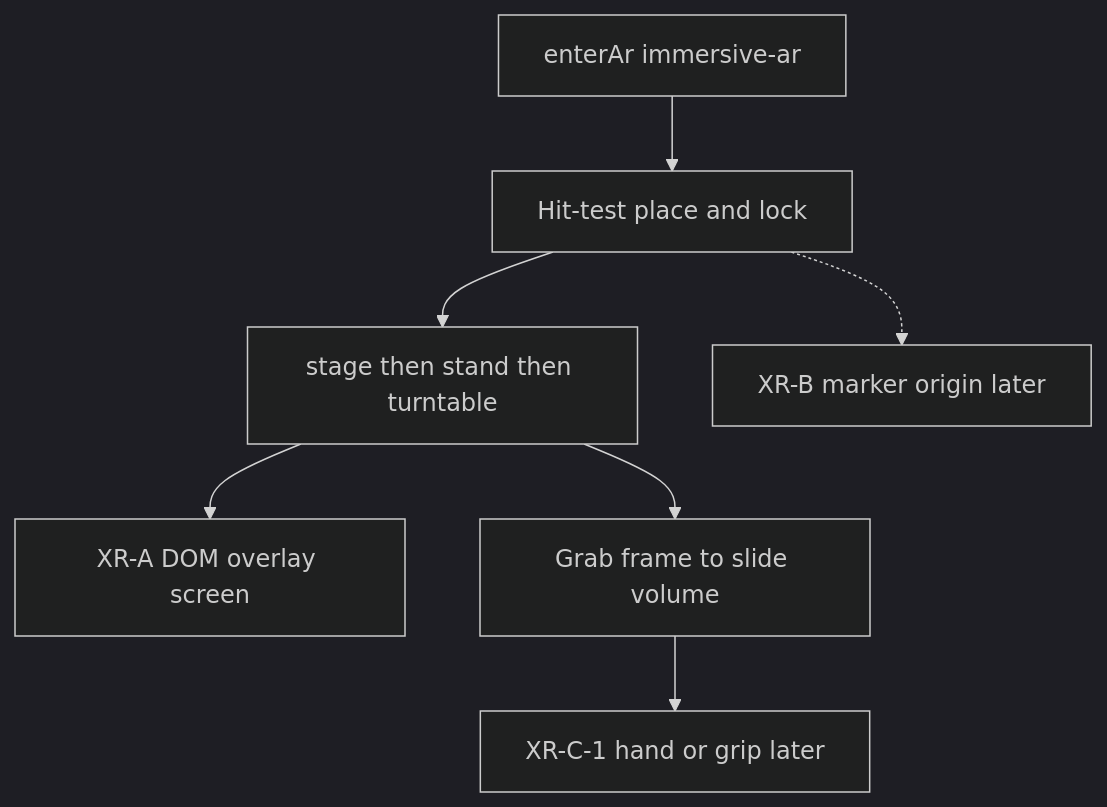
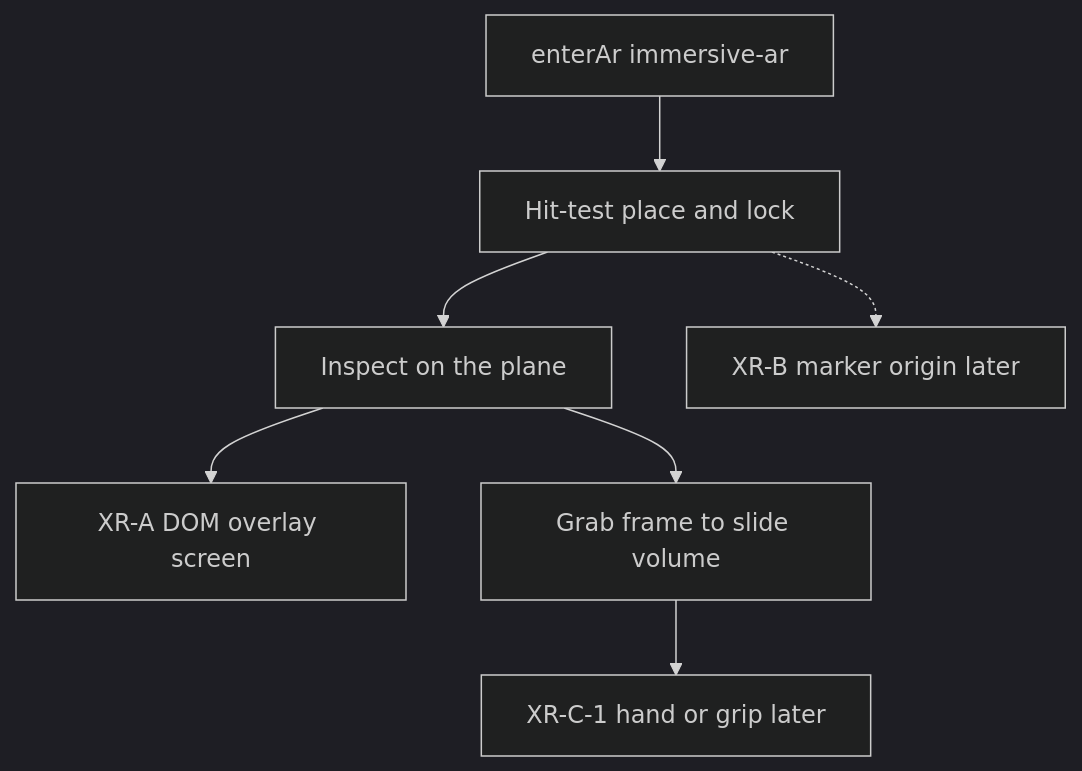
The diagram in backlog.md (PiMaV/DONNER), drawn with Mermaid (dark theme) before and after one commit. The commit also changed other lines of this file and 22 other files, not shown here.

````diff
--- a/backlog.md
+++ b/backlog.md
@@ -205,15 +209,15 @@
 ```mermaid
 flowchart TB
   enter[enterAr immersive-ar]
   place[Hit-test place and lock]
-  volume[stage then stand then turntable]
+  inspect[Inspect on the plane]
   overlay[XR-A DOM overlay screen]
   frames[Grab frame to slide volume]
   hands[XR-C-1 hand or grip later]
   marker[XR-B marker origin later]
-  enter --> place --> volume
-  volume --> overlay
-  volume --> frames
+  enter --> place --> inspect
+  inspect --> overlay
+  inspect --> frames
   frames --> hands
   place -.-> marker
 ```
````
